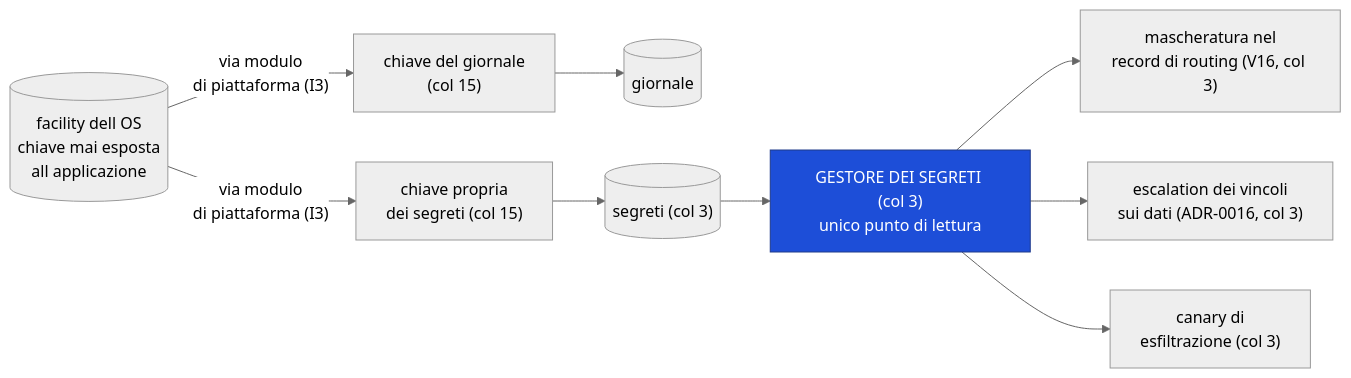
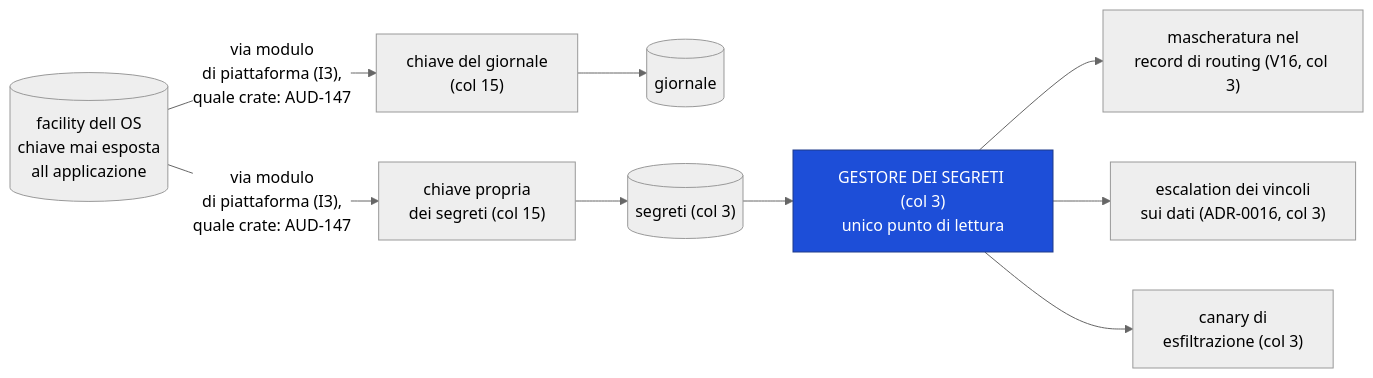
The second of 4 diagrams in docs/design/09-l0-fisico.md (devfrx/daemon), drawn with Mermaid (neutral theme) before and after one commit. The commit also changed other lines of this file and 65 other files, not shown here.

First line of the commit message:
audit(2026-09-30): i residui dei pacchetti integrati -- le guardie sulle varianti leggono il tipo, il caso forte dei campi aperti, la riga K-5 fra le chiuse, la lista delle contraddizioni al vero; commenti, diagrammi e disegni allineati alle ondate

````diff
--- a/docs/design/09-l0-fisico.md
+++ b/docs/design/09-l0-fisico.md
@@ -73,15 +73,15 @@
 ```mermaid
 flowchart LR
-    OS[("facility dell OS<br/>chiave mai esposta<br/>all applicazione")] -->|"via modulo<br/>di piattaforma (I3)"| K["chiave del giornale<br/>(col 15)"]
-    OS -->|"via modulo<br/>di piattaforma (I3)"| KS["chiave propria<br/>dei segreti (col 15)"]
+    OS[("facility dell OS<br/>chiave mai esposta<br/>all applicazione")] -->|"via modulo<br/>di piattaforma (I3),<br/>quale crate: AUD-147"| K["chiave del giornale<br/>(col 15)"]
+    OS -->|"via modulo<br/>di piattaforma (I3),<br/>quale crate: AUD-147"| KS["chiave propria<br/>dei segreti (col 15)"]
     K --> G[("giornale")]
     KS --> S[("segreti (col 3)")]
 
     S --> GS["GESTORE DEI SEGRETI (col 3)<br/>unico punto di lettura"]
     GS --> M1["mascheratura nel<br/>record di routing (V16, col 3)"]
     GS --> M2["escalation dei vincoli<br/>sui dati (ADR-0016, col 3)"]
     GS --> M3["canary di<br/>esfiltrazione (col 3)"]
 
     classDef uniq fill:#1d4ed8,stroke:#1e3a8a,color:#fff
     class GS uniq
 ```
````
